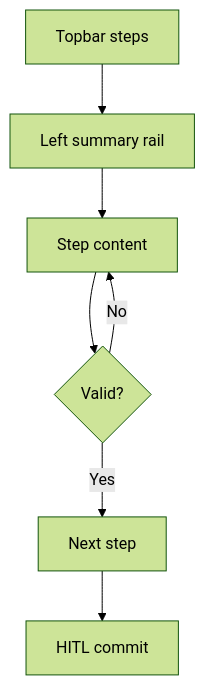
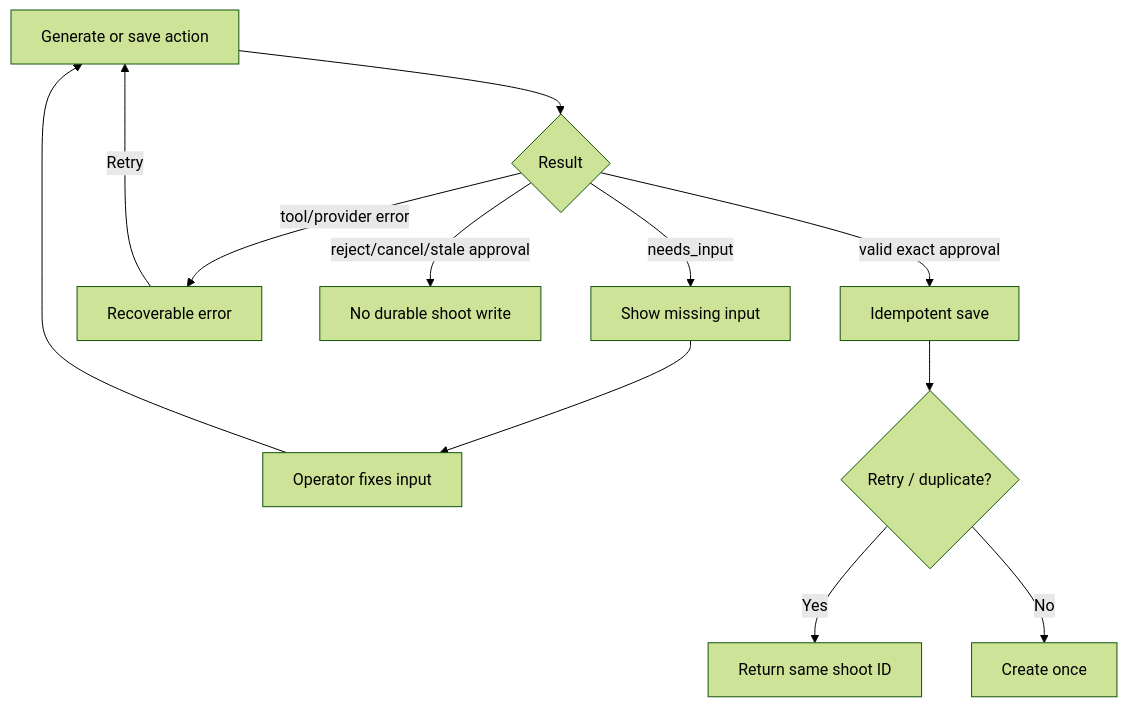
The fifth of 7 diagrams in Universal-design-prompt-4/tasks/screens/diagrams/SCR-06-shoot-wizard.md (amoai-tech/ipixai), drawn with Mermaid (forest theme) before and after one commit. The commit also changed other lines of this file, not shown here.

Commit message:
docs(IPI-1085): align shoot wizard Mermaid with current V2 contract

````diff
--- a/Universal-design-prompt-4/tasks/screens/diagrams/SCR-06-shoot-wizard.md
+++ b/Universal-design-prompt-4/tasks/screens/diagrams/SCR-06-shoot-wizard.md
@@ -7,9 +103,14 @@
 ```mermaid
 flowchart TD
-  A[Topbar steps] --> B[Left summary rail]
-  B --> C[Step content]
-  C --> D{Valid?}
-  D -->|Yes| E[Next step]
-  D -->|No| C
-  E --> F[HITL commit]
+  A[Generate or save action] --> B{Result}
+  B -->|needs_input| C[Show missing input]
+  C --> D[Operator fixes input]
+  D --> A
+  B -->|tool/provider error| E[Recoverable error]
+  E -->|Retry| A
+  B -->|reject/cancel/stale approval| F[No durable shoot write]
+  B -->|valid exact approval| G[Idempotent save]
+  G --> H{Retry / duplicate?}
+  H -->|Yes| I[Return same shoot ID]
+  H -->|No| J[Create once]
 ```
````
